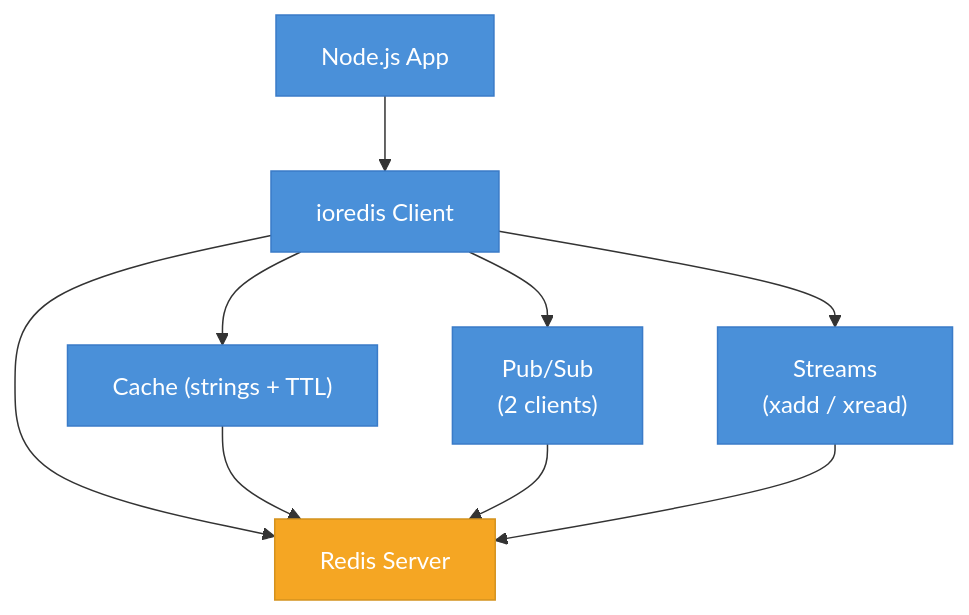
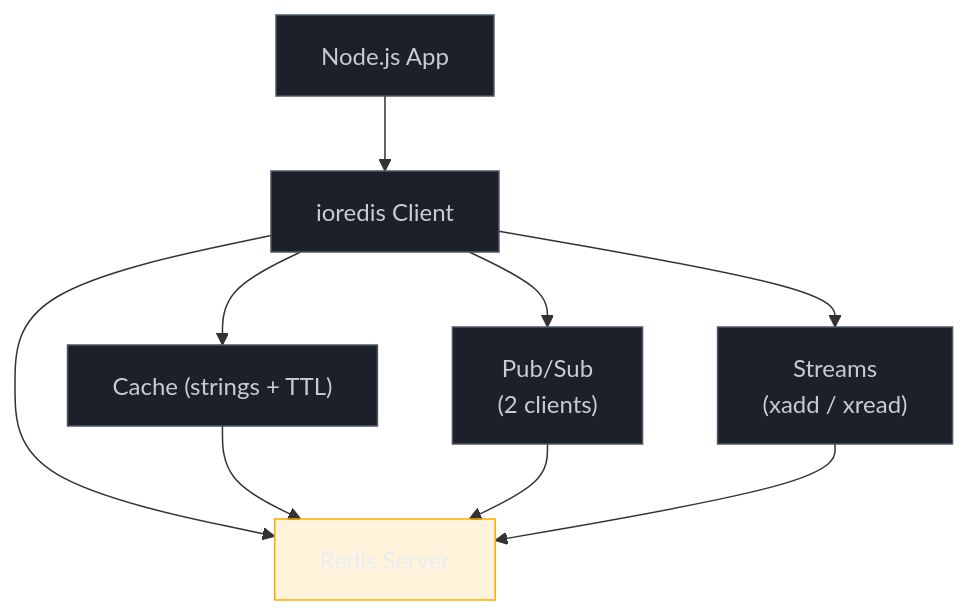
One commit to josenaldo/codex-technomanticus changed the diagram in 03-Dominios/Tecnologia/Node/Integrações/02 - Redis e ioredis.md. Above: the diagram before and after it, drawn with Mermaid. The commit also changed 1181 other files, not shown here.

First line of the commit message:
fix(diagramas): paleta do sistema no lugar de cor cravada no markdown

````diff
--- a/03-Dominios/Tecnologia/Node/Integrações/02 - Redis e ioredis.md
+++ b/03-Dominios/Tecnologia/Node/Integrações/02 - Redis e ioredis.md
@@ -27,20 +27,22 @@
 ```mermaid
 flowchart TD
+    classDef neutro fill:#1B2029,stroke:#4E5666,color:#C6CCD8
+    classDef destaque fill:#FFAA0024,stroke:#FFAA00,color:#E9ECF2
     A["Node.js App"] --> B["ioredis Client"]
     B --> C["Redis Server"]
 
     B --> D["Cache (strings + TTL)"]
     B --> E["Pub/Sub\n(2 clients)"]
     B --> F["Streams\n(xadd / xread)"]
 
     D --> C
     E --> C
     F --> C
 
-    style A fill:#4A90D9,color:#fff,stroke:#3a7bc8
-    style B fill:#4A90D9,color:#fff,stroke:#3a7bc8
-    style C fill:#F5A623,color:#fff,stroke:#d4921e
-    style D fill:#4A90D9,color:#fff,stroke:#3a7bc8
-    style E fill:#4A90D9,color:#fff,stroke:#3a7bc8
-    style F fill:#4A90D9,color:#fff,stroke:#3a7bc8
+    class A neutro
+    class B neutro
+    class C destaque
+    class D neutro
+    class E neutro
+    class F neutro
 ```
````
